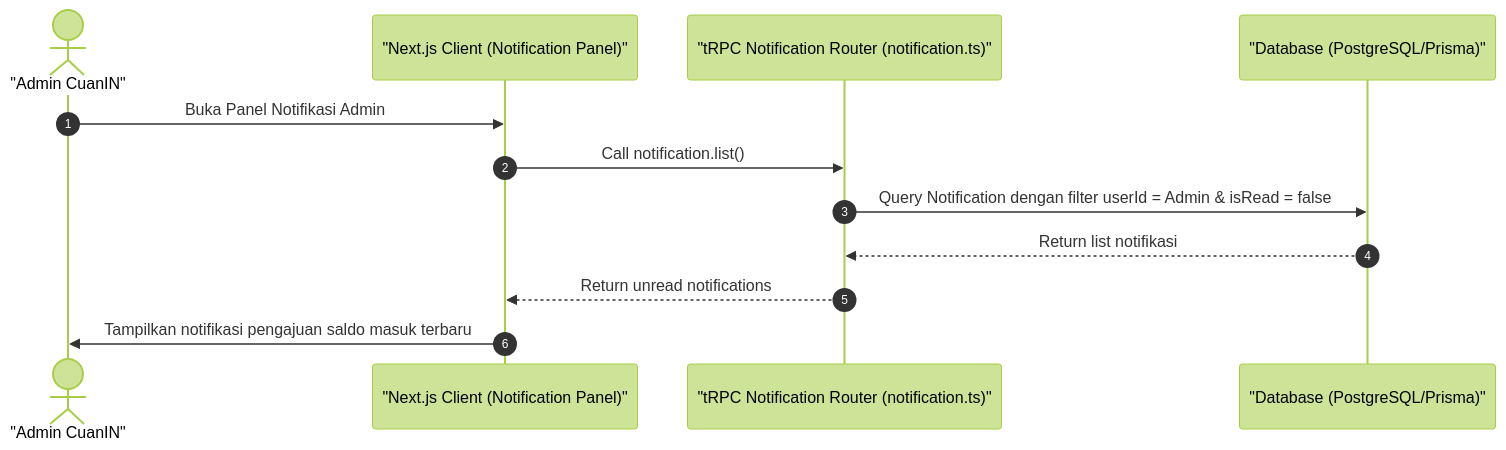
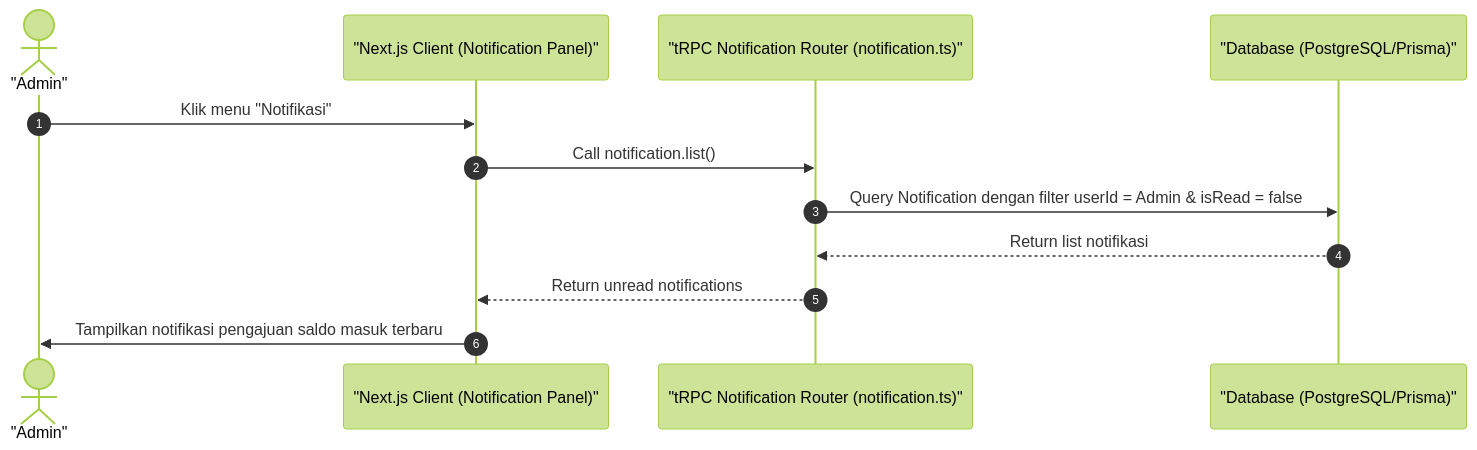
The diagram in docs/14-admin-notifications.md (luputer/CuanIN), drawn with Mermaid (forest theme) before and after one commit. The commit also changed 53 other files, not shown here.

````diff
--- a/docs/14-admin-notifications.md
+++ b/docs/14-admin-notifications.md
@@ -5,16 +5,16 @@
 ```mermaid
 sequenceDiagram
     autonumber
-    actor Admin as "Admin CuanIN"
+    actor Admin as "Admin"
     participant Client as "Next.js Client (Notification Panel)"
     participant Server as "tRPC Notification Router (notification.ts)"
     participant DB as "Database (PostgreSQL/Prisma)"
 
-    Admin->>Client: Buka Panel Notifikasi Admin
+    Admin->>Client: Klik menu "Notifikasi"
     Client->>Server: Call notification.list()
     Server->>DB: Query Notification dengan filter userId = Admin & isRead = false
     DB-->>Server: Return list notifikasi
     Server-->>Client: Return unread notifications
     Client->>Admin: Tampilkan notifikasi pengajuan saldo masuk terbaru
 
 ```
````
